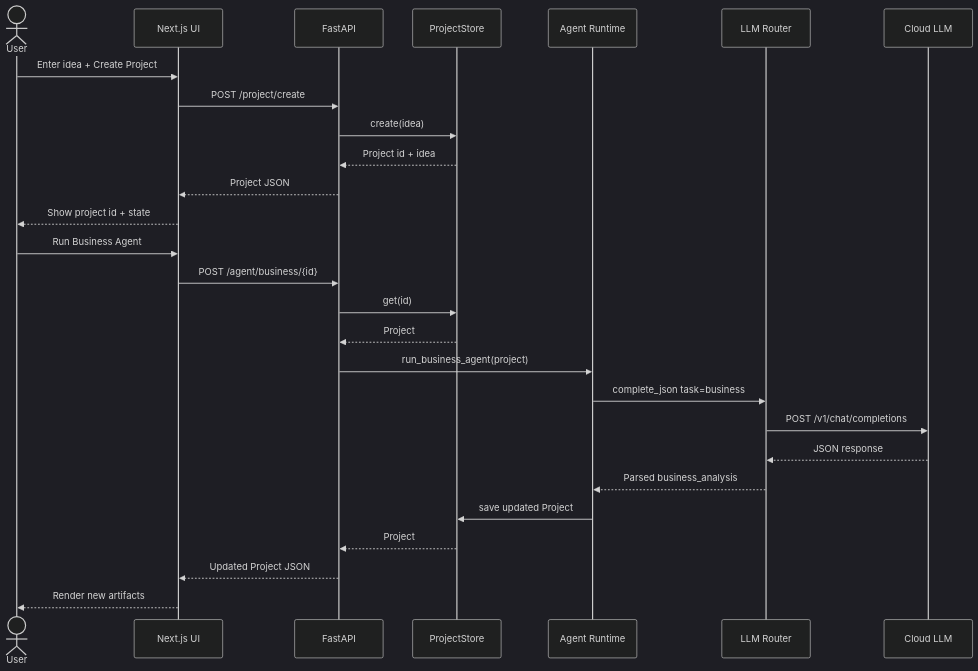
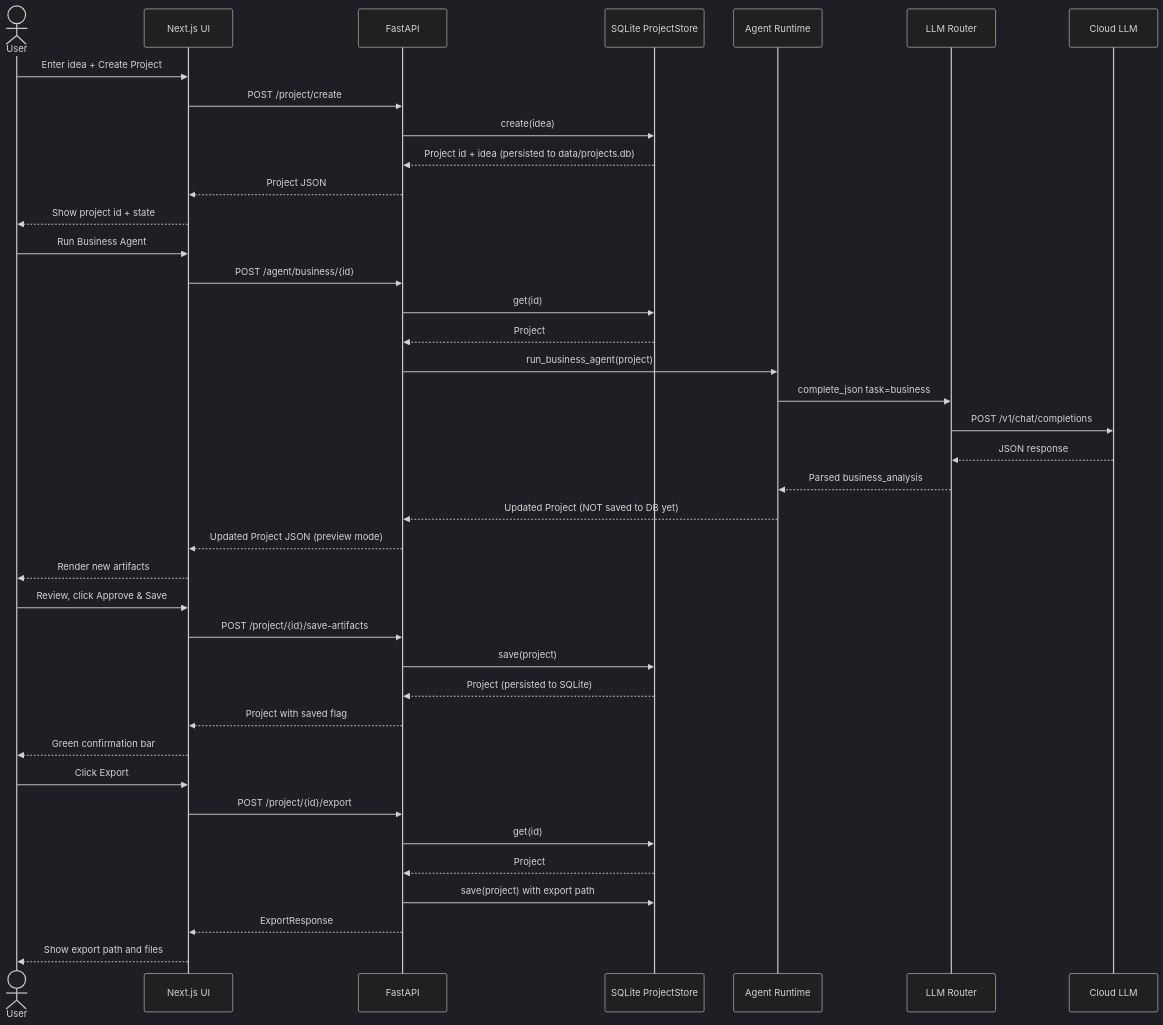
One commit to williamjxj/idea2spec changed the fourth of 13 diagrams in docs/tech-stack.md. Above: the diagram before and after it, drawn with Mermaid (dark theme). The commit also changed other lines of this file and 4 other files, not shown here.

First line of the commit message:
Update docs: README, tech-stack, roadmap, kb, AGENTS.md for current state

````diff
--- a/docs/tech-stack.md
+++ b/docs/tech-stack.md
@@ -109,31 +114,45 @@
 ```mermaid
 sequenceDiagram
   actor User
   participant UI as Next.js UI
   participant API as FastAPI
-  participant Store as ProjectStore
+  participant Store as SQLite ProjectStore
   participant Agent as Agent Runtime
   participant LLM as LLM Router
   participant Cloud as Cloud LLM
 
   User->>UI: Enter idea + Create Project
   UI->>API: POST /project/create
   API->>Store: create(idea)
-  Store-->>API: Project id + idea
+  Store-->>API: Project id + idea (persisted to data/projects.db)
   API-->>UI: Project JSON
   UI-->>User: Show project id + state
 
   User->>UI: Run Business Agent
   UI->>API: POST /agent/business/{id}
   API->>Store: get(id)
   Store-->>API: Project
   API->>Agent: run_business_agent(project)
   Agent->>LLM: complete_json task=business
   LLM->>Cloud: POST /v1/chat/completions
   Cloud-->>LLM: JSON response
   LLM-->>Agent: Parsed business_analysis
-  Agent->>Store: save updated Project
+  Agent-->>API: Updated Project (NOT saved to DB yet)
+  API-->>UI: Updated Project JSON (preview mode)
+  UI-->>User: Render new artifacts
+
+  User->>UI: Review, click Approve & Save
+  UI->>API: POST /project/{id}/save-artifacts
+  API->>Store: save(project)
+  Store-->>API: Project (persisted to SQLite)
+  API-->>UI: Project with saved flag
+  UI-->>User: Green confirmation bar
+
+  User->>UI: Click Export
+  UI->>API: POST /project/{id}/export
+  API->>Store: get(id)
   Store-->>API: Project
-  API-->>UI: Updated Project JSON
-  UI-->>User: Render new artifacts
+  API->>Store: save(project) with export path
+  API-->>UI: ExportResponse
+  UI-->>User: Show export path and files
 ```
````
